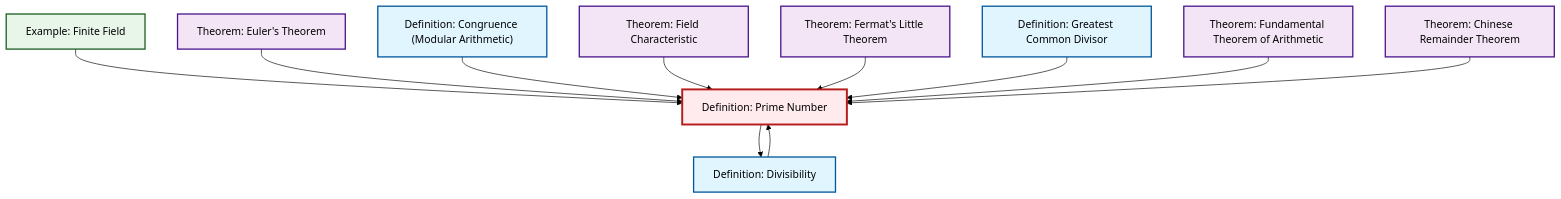
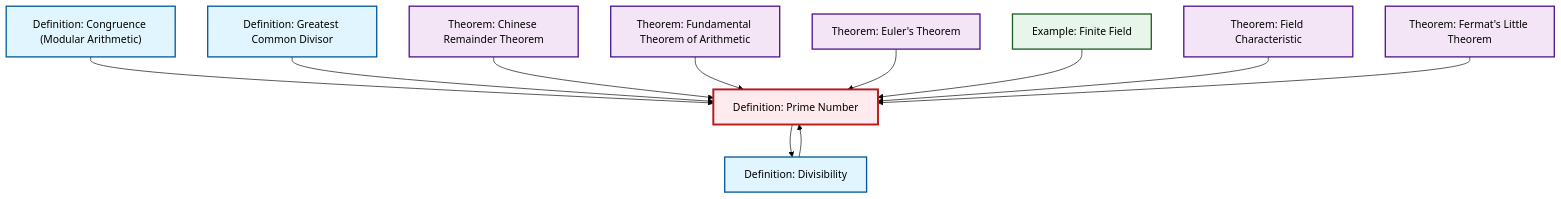
Before and after one commit to RK0429/ModernMath: the diagram in content/en/number-theory/def-prime.qmd, drawn with Mermaid (forest theme). The commit also changed other lines of this file and 597 other files, not shown here.

````diff
--- a/content/en/number-theory/def-prime.qmd
+++ b/content/en/number-theory/def-prime.qmd
@@ -55,39 +55,39 @@
 ```{mermaid}
 %%| fig-cap: "Local dependency graph"
 graph TD
     classDef definition fill:#e1f5fe,stroke:#01579b,stroke-width:2px
     classDef theorem fill:#f3e5f5,stroke:#4a148c,stroke-width:2px
     classDef axiom fill:#fff3e0,stroke:#e65100,stroke-width:2px
     classDef example fill:#e8f5e9,stroke:#1b5e20,stroke-width:2px
     classDef current fill:#ffebee,stroke:#b71c1c,stroke-width:3px
+    ex-finite-field["Example: Finite Field"]:::example
+    thm-field-characteristic["Theorem: Field Characteristic"]:::theorem
+    thm-fundamental-arithmetic["Theorem: Fundamental Theorem of Arithmetic"]:::theorem
     thm-euler["Theorem: Euler's Theorem"]:::theorem
-    def-divisibility["Definition: Divisibility"]:::definition
-    ex-finite-field["Example: Finite Field"]:::example
+    def-gcd["Definition: Greatest Common Divisor"]:::definition
+    def-congruence["Definition: Congruence (Modular Arithmetic)"]:::definition
+    thm-fermat-little["Theorem: Fermat's Little Theorem"]:::theorem
     thm-chinese-remainder["Theorem: Chinese Remainder Theorem"]:::theorem
     def-prime["Definition: Prime Number"]:::definition
-    def-congruence["Definition: Congruence (Modular Arithmetic)"]:::definition
-    thm-fundamental-arithmetic["Theorem: Fundamental Theorem of Arithmetic"]:::theorem
-    def-gcd["Definition: Greatest Common Divisor"]:::definition
-    thm-field-characteristic["Theorem: Field Characteristic"]:::theorem
-    thm-fermat-little["Theorem: Fermat's Little Theorem"]:::theorem
+    def-divisibility["Definition: Divisibility"]:::definition
+    def-prime --> def-divisibility
+    def-congruence --> def-prime
+    def-gcd --> def-prime
+    thm-chinese-remainder --> def-prime
+    thm-fundamental-arithmetic --> def-prime
+    thm-euler --> def-prime
+    def-divisibility --> def-prime
     ex-finite-field --> def-prime
-    thm-euler --> def-prime
-    def-congruence --> def-prime
     thm-field-characteristic --> def-prime
-    def-divisibility --> def-prime
     thm-fermat-little --> def-prime
-    def-gcd --> def-prime
-    thm-fundamental-arithmetic --> def-prime
-    thm-chinese-remainder --> def-prime
-    def-prime --> def-divisibility
     class def-prime current
+    click ex-finite-field "ex-finite-field.html" "Go to Finite Field example"
+    click thm-field-characteristic "thm-field-characteristic.html" "Go to Field Characteristic theorem"
+    click thm-fundamental-arithmetic "thm-fundamental-arithmetic.html" "Go to Fundamental Theorem of Arithmetic theorem"
     click thm-euler "thm-euler.html" "Go to Euler's Theorem theorem"
+    click def-gcd "def-gcd.html" "Go to Greatest Common Divisor definition"
+    click def-congruence "def-congruence.html" "Go to Congruence (Modular Arithmetic) definition"
+    click thm-fermat-little "thm-fermat-little.html" "Go to Fermat's Little Theorem theorem"
+    click thm-chinese-remainder "thm-chinese-remainder.html" "Go to Chinese Remainder Theorem theorem"
     click def-divisibility "def-divisibility.html" "Go to Divisibility definition"
-    click ex-finite-field "ex-finite-field.html" "Go to Finite Field example"
-    click thm-chinese-remainder "thm-chinese-remainder.html" "Go to Chinese Remainder Theorem theorem"
-    click def-congruence "def-congruence.html" "Go to Congruence (Modular Arithmetic) definition"
-    click thm-fundamental-arithmetic "thm-fundamental-arithmetic.html" "Go to Fundamental Theorem of Arithmetic theorem"
-    click def-gcd "def-gcd.html" "Go to Greatest Common Divisor definition"
-    click thm-field-characteristic "thm-field-characteristic.html" "Go to Field Characteristic theorem"
-    click thm-fermat-little "thm-fermat-little.html" "Go to Fermat's Little Theorem theorem"
 ```
````
